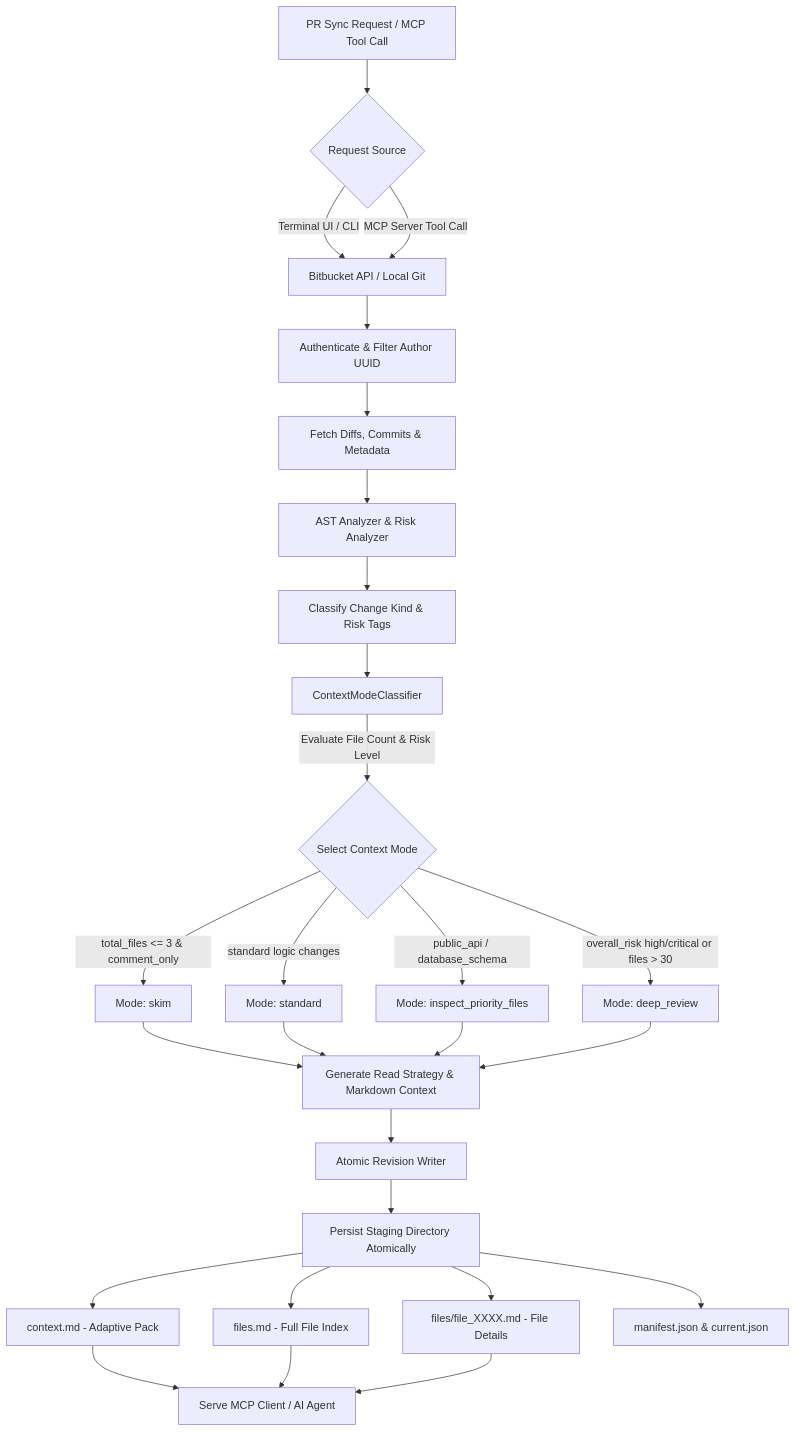
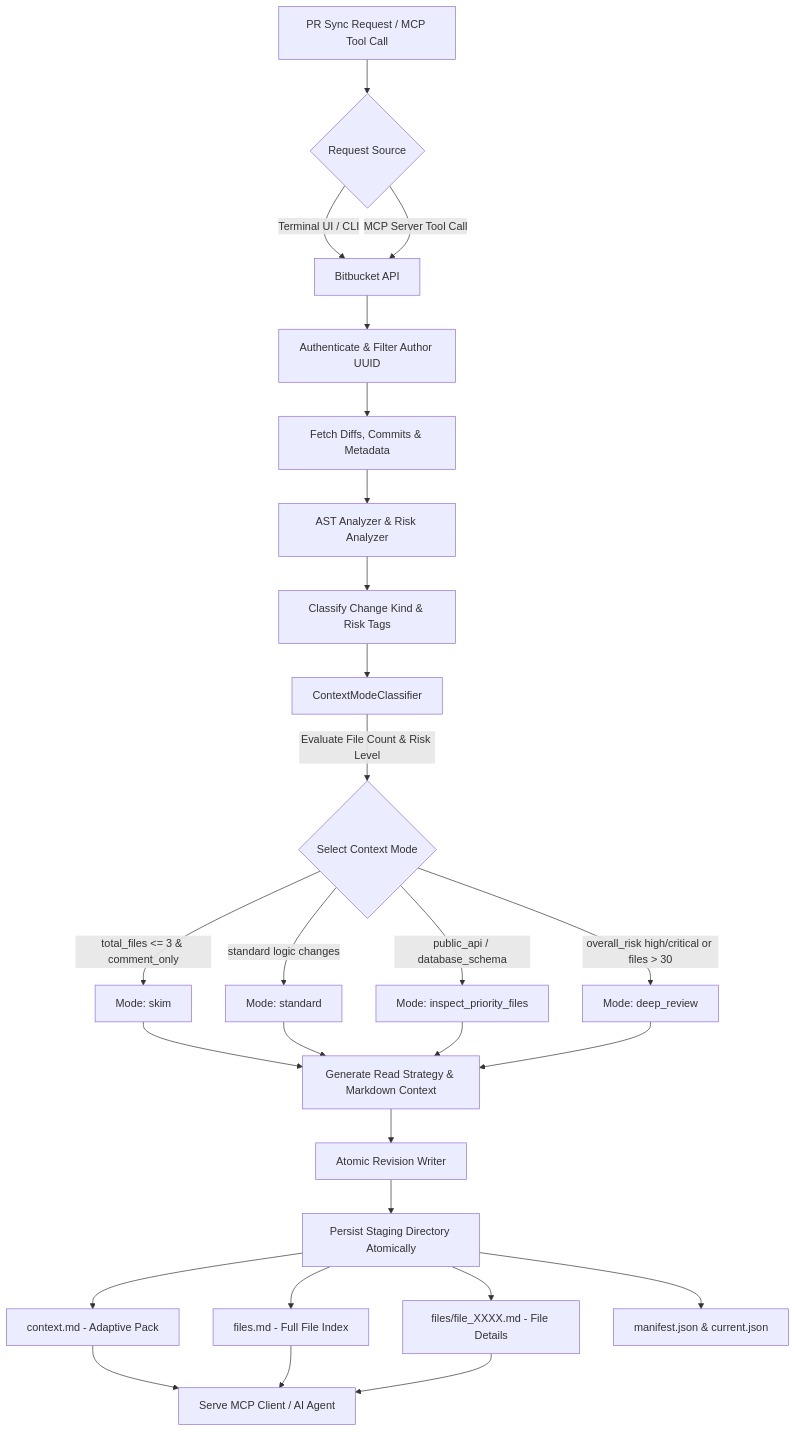
One commit to Ninh-Duong/mcp-pr-companion changed the diagram in README.md. Above: the diagram before and after it, drawn with Mermaid. The commit also changed other lines of this file and 27 other files, not shown here.

````diff
--- a/README.md
+++ b/README.md
@@ -52,34 +51,34 @@
 ```mermaid
 flowchart TD
     A[PR Sync Request / MCP Tool Call] --> B{Request Source}
-    B -- Terminal UI / CLI --> C[Bitbucket API / Local Git]
+    B -- Terminal UI / CLI --> C[Bitbucket API]
     B -- MCP Server Tool Call --> C
 
     C --> D[Authenticate & Filter Author UUID]
     D --> E[Fetch Diffs, Commits & Metadata]
     
     E --> F[AST Analyzer & Risk Analyzer]
     F --> G[Classify Change Kind & Risk Tags]
     
     G --> H[ContextModeClassifier]
     H -->|Evaluate File Count & Risk Level| I{Select Context Mode}
     
     I -- total_files <= 3 & comment_only --> J[Mode: skim]
     I -- standard logic changes --> K[Mode: standard]
     I -- public_api / database_schema --> L[Mode: inspect_priority_files]
     I -- overall_risk high/critical or files > 30 --> M[Mode: deep_review]
 
     J --> N[Generate Read Strategy & Markdown Context]
     K --> N
     L --> N
     M --> N
 
     N --> O[Atomic Revision Writer]
     O --> P[Persist Staging Directory Atomically]
     P --> P1[context.md - Adaptive Pack]
     P --> P2[files.md - Full File Index]
     P --> P3[files/file_XXXX.md - File Details]
     P --> P4[manifest.json & current.json]
 
     P1 & P2 & P3 --> Q[Serve MCP Client / AI Agent]
 ```
````
